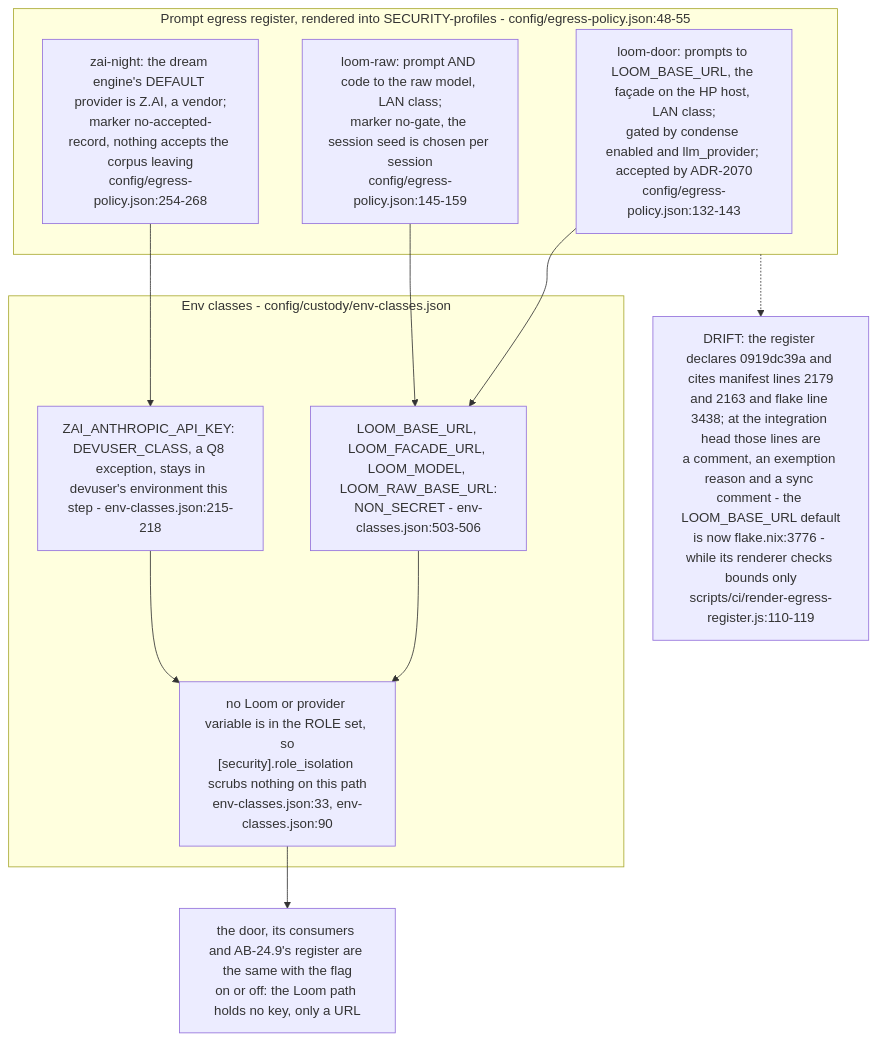
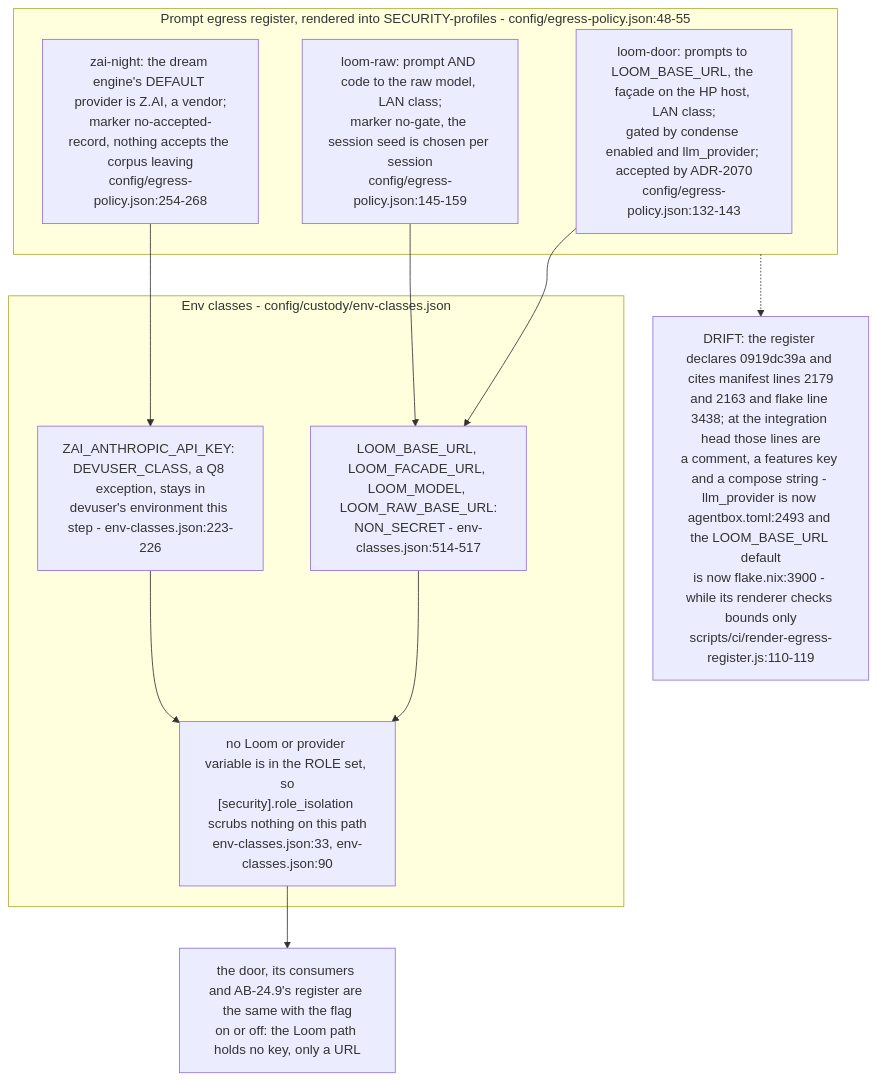
Diagram 13 of 13 in docs/diagrams/agentbox/24-loom-facade.md (DreamLab-AI/VisionFlow), drawn with Mermaid before and after one commit. The commit also changed other lines of this file and 80 other files, not shown here.

First line of the commit message:
docs(diagrams): re-verify the agentbox, dreamlab, estate and visionflow corpus against current sources

````diff
--- a/docs/diagrams/agentbox/24-loom-facade.md
+++ b/docs/diagrams/agentbox/24-loom-facade.md
@@ -478,20 +478,20 @@
 ```mermaid
 flowchart TB
     subgraph reg["Prompt egress register, rendered into SECURITY-profiles - config/egress-policy.json:48-55"]
         R1["loom-door: prompts to LOOM_BASE_URL, the façade on the HP host, LAN class;<br/>gated by condense enabled and llm_provider; accepted by ADR-2070<br/>config/egress-policy.json:132-143"]
         R2["loom-raw: prompt AND code to the raw model, LAN class;<br/>marker no-gate, the session seed is chosen per session<br/>config/egress-policy.json:145-159"]
         R3["zai-night: the dream engine's DEFAULT provider is Z.AI, a vendor;<br/>marker no-accepted-record, nothing accepts the corpus leaving<br/>config/egress-policy.json:254-268"]
     end
     subgraph cls["Env classes - config/custody/env-classes.json"]
-        C1["LOOM_BASE_URL, LOOM_FACADE_URL, LOOM_MODEL, LOOM_RAW_BASE_URL:<br/>NON_SECRET - env-classes.json:503-506"]
-        C2["ZAI_ANTHROPIC_API_KEY: DEVUSER_CLASS, a Q8 exception, stays in<br/>devuser's environment this step - env-classes.json:215-218"]
+        C1["LOOM_BASE_URL, LOOM_FACADE_URL, LOOM_MODEL, LOOM_RAW_BASE_URL:<br/>NON_SECRET - env-classes.json:514-517"]
+        C2["ZAI_ANTHROPIC_API_KEY: DEVUSER_CLASS, a Q8 exception, stays in<br/>devuser's environment this step - env-classes.json:223-226"]
         C3["no Loom or provider variable is in the ROLE set, so<br/>[security].role_isolation scrubs nothing on this path<br/>env-classes.json:33, env-classes.json:90"]
     end
     R1 --> C1
     R2 --> C1
     R3 --> C2
     C1 --> C3
     C2 --> C3
     C3 --> SAME["the door, its consumers and AB-24.9's register are the same with the flag<br/>on or off: the Loom path holds no key, only a URL"]
-    reg -.-> DR["DRIFT: the register declares 0919dc39a and cites manifest lines 2179<br/>and 2163 and flake line 3438; at the integration head those lines are<br/>a comment, an exemption reason and a sync comment - the LOOM_BASE_URL default<br/>is now flake.nix:3776 - while its renderer checks bounds only<br/>scripts/ci/render-egress-register.js:110-119"]
+    reg -.-> DR["DRIFT: the register declares 0919dc39a and cites manifest lines 2179<br/>and 2163 and flake line 3438; at the integration head those lines are<br/>a comment, a features key and a compose string - llm_provider is now agentbox.toml:2493 and the LOOM_BASE_URL default<br/>is now flake.nix:3900 - while its renderer checks bounds only<br/>scripts/ci/render-egress-register.js:110-119"]
 ```
````
